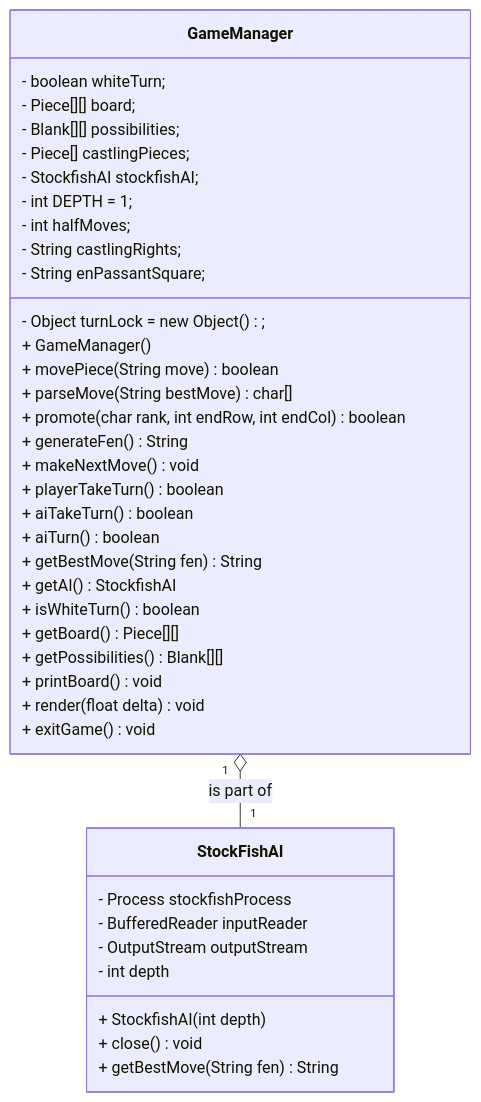
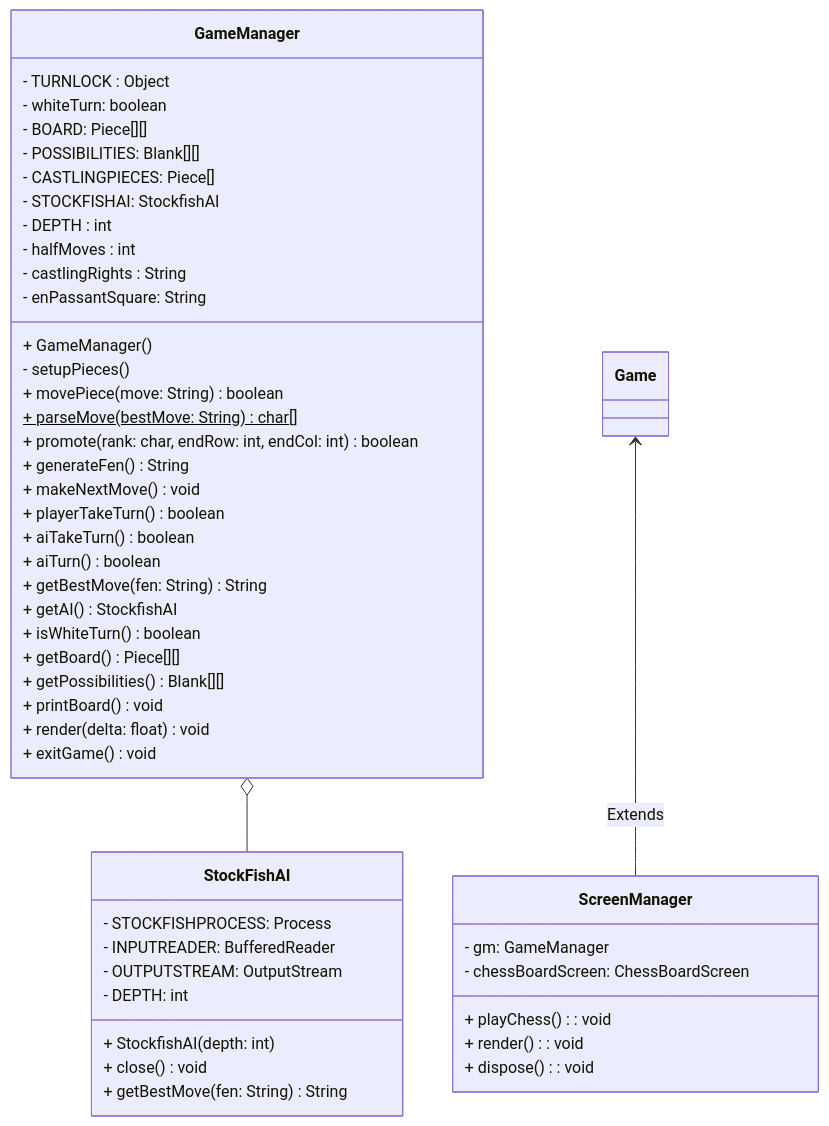
Before and after one commit to cis3296f24/gameroomgdx: the diagram in ClassDiagram.md, drawn with Mermaid.

Commit message:
Fixed the formatting for GameManager and StockFishAi Added ScreenManagerClass to the class diagram

````diff
--- a/ClassDiagram.md
+++ b/ClassDiagram.md
@@ -3,45 +3,61 @@
 ```mermaid 
 classDiagram
     class StockFishAI{
-        - Process stockfishProcess
-        - BufferedReader inputReader
-        - OutputStream outputStream
-        - int depth
-        + StockfishAI(int depth)
+        - STOCKFISHPROCESS: Process
+        - INPUTREADER: BufferedReader
+        - OUTPUTSTREAM: OutputStream
+        - DEPTH: int
+        + StockfishAI(depth: int)
         + close() void
-        + getBestMove(String fen) String
+        + getBestMove(fen: String) String
     }
-      class GameManager{
-       - Object turnLock = new Object();
-       - boolean whiteTurn;
-       - Piece[][] board;
-       - Blank[][] possibilities;
-       -  Piece[] castlingPieces;
-       - StockfishAI stockfishAI;
-       - int DEPTH = 1;
-       - int halfMoves;
-       - String castlingRights;
-       - String enPassantSquare;
+    
+    class GameManager{
+       - TURNLOCK : Object 
+       - whiteTurn: boolean 
+       - BOARD: Piece[][] 
+       - POSSIBILITIES: Blank[][]
+       - CASTLINGPIECES: Piece[] 
+       - STOCKFISHAI: StockfishAI 
+       - DEPTH : int
+       - halfMoves : int
+       - castlingRights : String
+       - enPassantSquare: String
        + GameManager()
-       + movePiece(String move) boolean
-       + parseMove(String bestMove) char[]
-       + promote(char rank, int endRow, int endCol) boolean
+       - setupPieces()
+       + movePiece(move: String) boolean
+       + parseMove(bestMove: String) char[]$
+       + promote(rank: char, endRow: int, endCol: int) boolean
        + generateFen() String
        + makeNextMove() void
        + playerTakeTurn() boolean
        + aiTakeTurn() boolean
        + aiTurn() boolean
-       + getBestMove(String fen) String
+       + getBestMove(fen: String) String
        + getAI() StockfishAI
        + isWhiteTurn() boolean
        + getBoard() Piece[][]
        + getPossibilities() Blank[][]
        + printBoard() void
-       + render(float delta) void
+       + render(delta: float) void
        + exitGame() void
    
    }
-    GameManager "1" o-- "1" StockFishAI : is part of
-
+    GameManager  o--  StockFishAI
+    
+    class ScreenManager{
+        - gm: GameManager
+        - chessBoardScreen: ChessBoardScreen
+        
+        + playChess(): void
+        + render(): void
+        + dispose(): void
+    }
+    
+    class Game{
+        
+    }
+    
+    Game <-- ScreenManager: Extends
 
 ```
````
